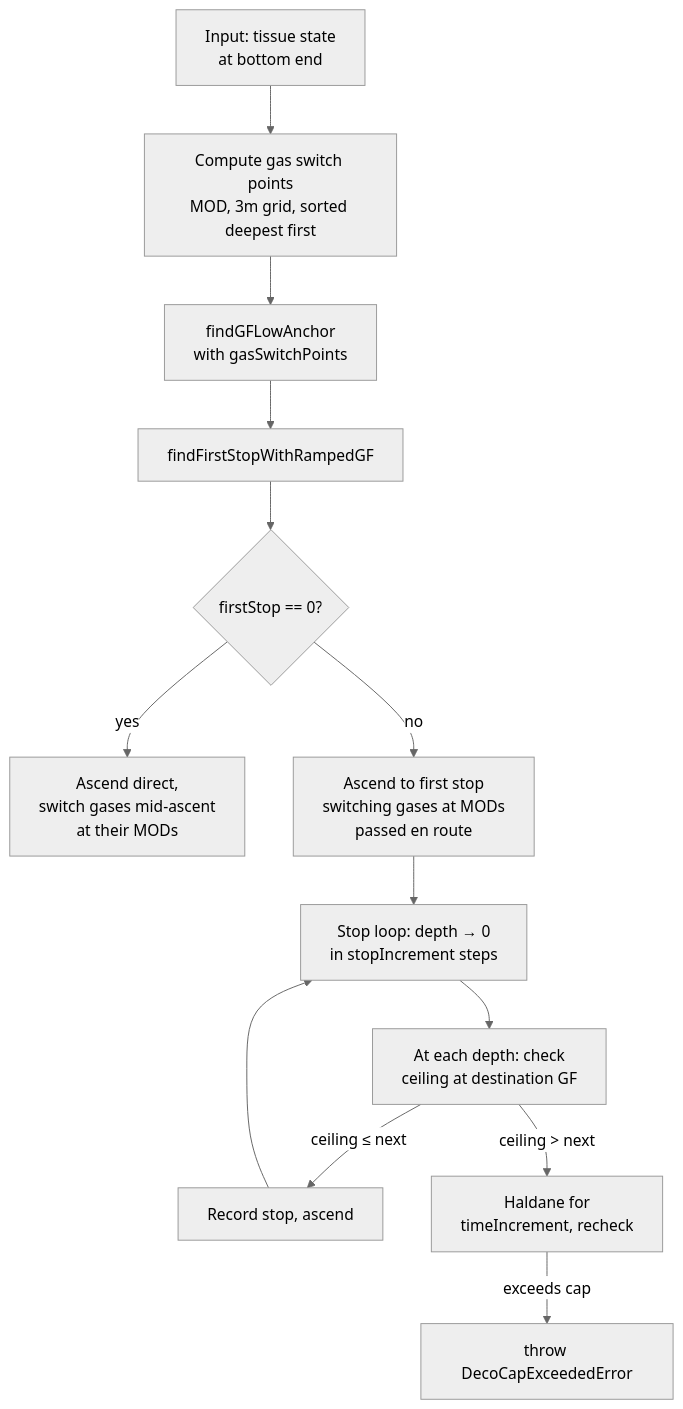
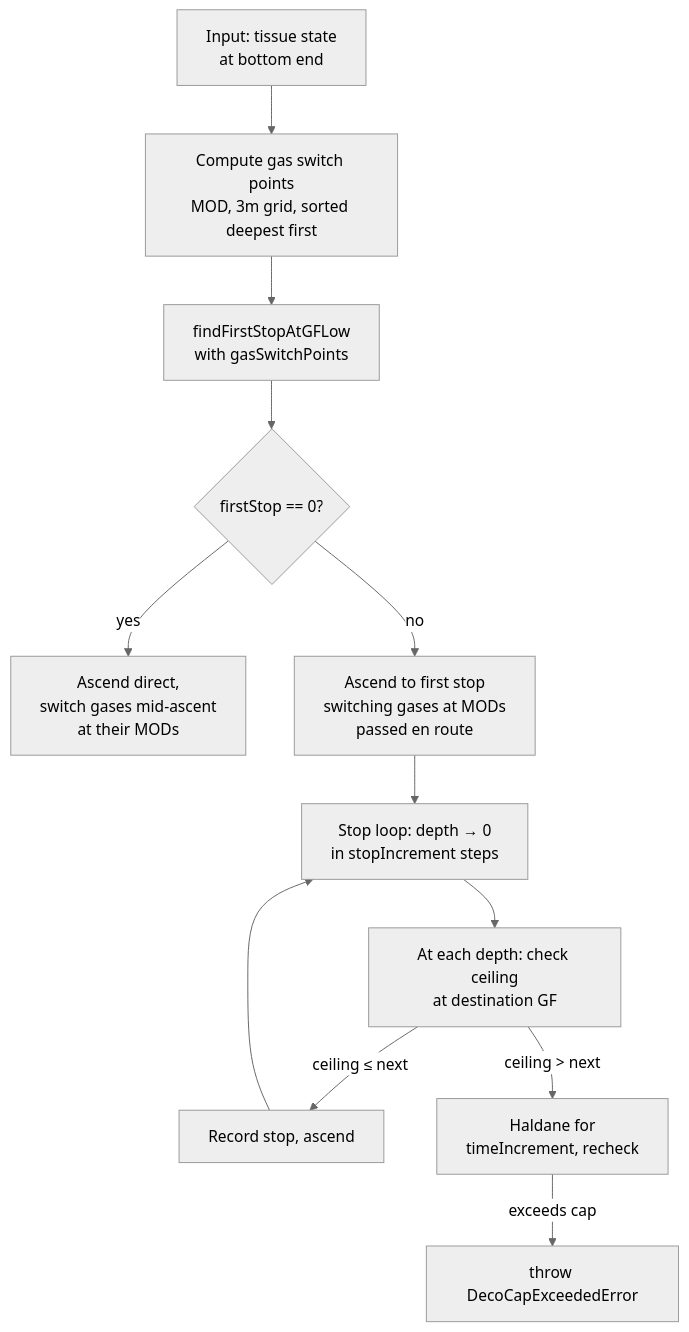
One commit to matej-hron/decojs changed the diagram in wiki/Algo-04-Deco-Stop-Loop.md. Above: the diagram before and after it, drawn with Mermaid (neutral theme). The commit also changed other lines of this file and 5 other files, not shown here.

````diff
--- a/wiki/Algo-04-Deco-Stop-Loop.md
+++ b/wiki/Algo-04-Deco-Stop-Loop.md
@@ -38,15 +38,14 @@
 ```mermaid
 flowchart TD
   A[Input: tissue state<br/>at bottom end] --> B[Compute gas switch points<br/>MOD, 3m grid, sorted deepest first]
-  B --> C[findGFLowAnchor<br/>with gasSwitchPoints]
-  C --> D[findFirstStopWithRampedGF]
-  D --> E{firstStop == 0?}
-  E -- yes --> F[Ascend direct,<br/>switch gases mid-ascent<br/>at their MODs]
-  E -- no --> G[Ascend to first stop<br/>switching gases at MODs<br/>passed en route]
-  G --> H[Stop loop: depth → 0<br/>in stopIncrement steps]
-  H --> I[At each depth: check<br/>ceiling at destination GF]
-  I -- ceiling ≤ next --> J[Record stop, ascend]
-  I -- ceiling > next --> K[Haldane for<br/>timeIncrement, recheck]
-  K -- exceeds cap --> L[throw DecoCapExceededError]
-  J --> H
+  B --> C[findFirstStopAtGFLow<br/>with gasSwitchPoints]
+  C --> D{firstStop == 0?}
+  D -- yes --> E[Ascend direct,<br/>switch gases mid-ascent<br/>at their MODs]
+  D -- no --> F[Ascend to first stop<br/>switching gases at MODs<br/>passed en route]
+  F --> G[Stop loop: depth → 0<br/>in stopIncrement steps]
+  G --> H[At each depth: check ceiling<br/>at destination GF]
+  H -- ceiling ≤ next --> I[Record stop, ascend]
+  H -- ceiling > next --> J[Haldane for<br/>timeIncrement, recheck]
+  J -- exceeds cap --> K[throw DecoCapExceededError]
+  I --> G
 ```
````
